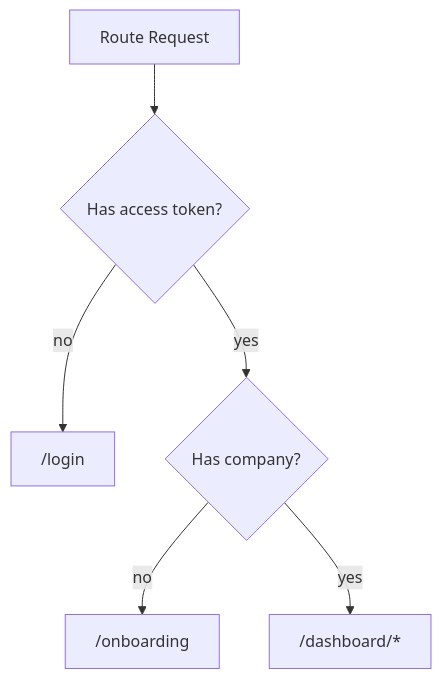
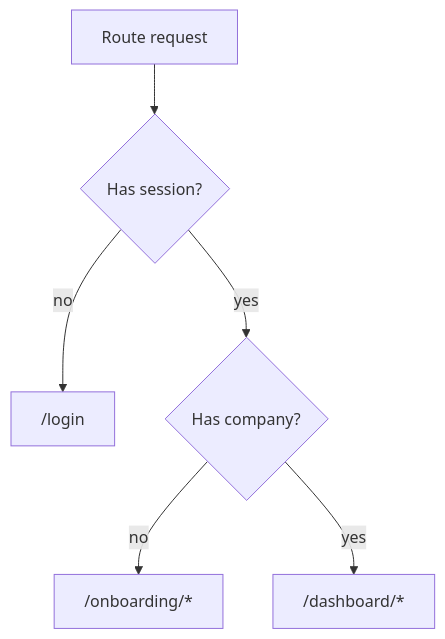
The diagram in docs/frontend/routing-and-permission-gates.md (comp596-spring-2026/RetailSync), drawn with Mermaid before and after one commit. The commit also changed other lines of this file and 188 other files, not shown here.

````diff
--- a/docs/frontend/routing-and-permission-gates.md
+++ b/docs/frontend/routing-and-permission-gates.md
@@ -5,8 +16,8 @@
 ```mermaid
 flowchart TD
-  Start["Route Request"] --> Token{Has access token?}
-  Token -- "no" --> Login["/login"]
-  Token -- "yes" --> Onboard{Has company?}
-  Onboard -- "no" --> Onboarding["/onboarding"]
-  Onboard -- "yes" --> Dashboard["/dashboard/*"]
+  Start["Route request"] --> Session{Has session?}
+  Session -- "no" --> Login["/login"]
+  Session -- "yes" --> Company{Has company?}
+  Company -- "no" --> Onboarding["/onboarding/*"]
+  Company -- "yes" --> Dashboard["/dashboard/*"]
 ```
````
